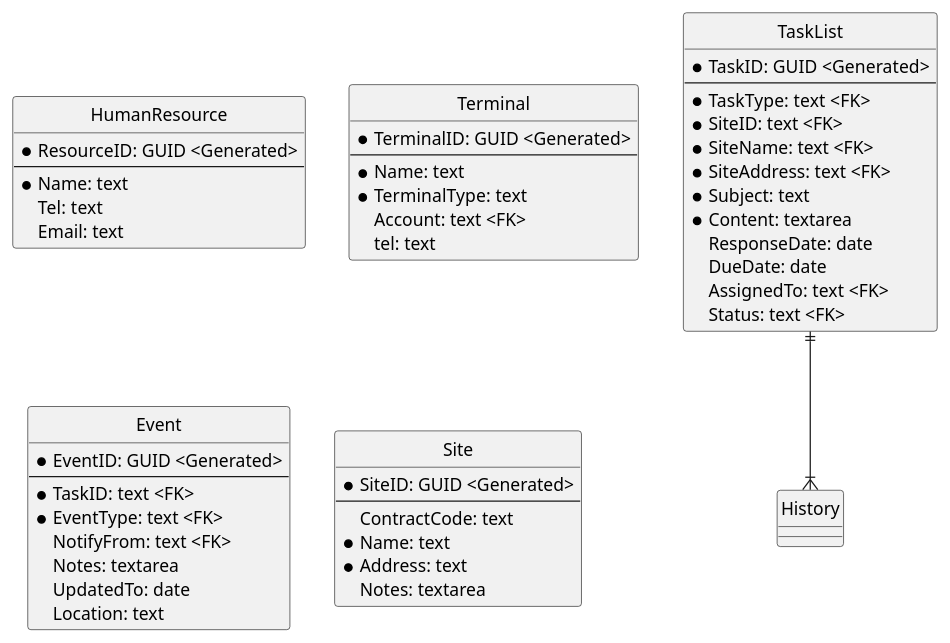
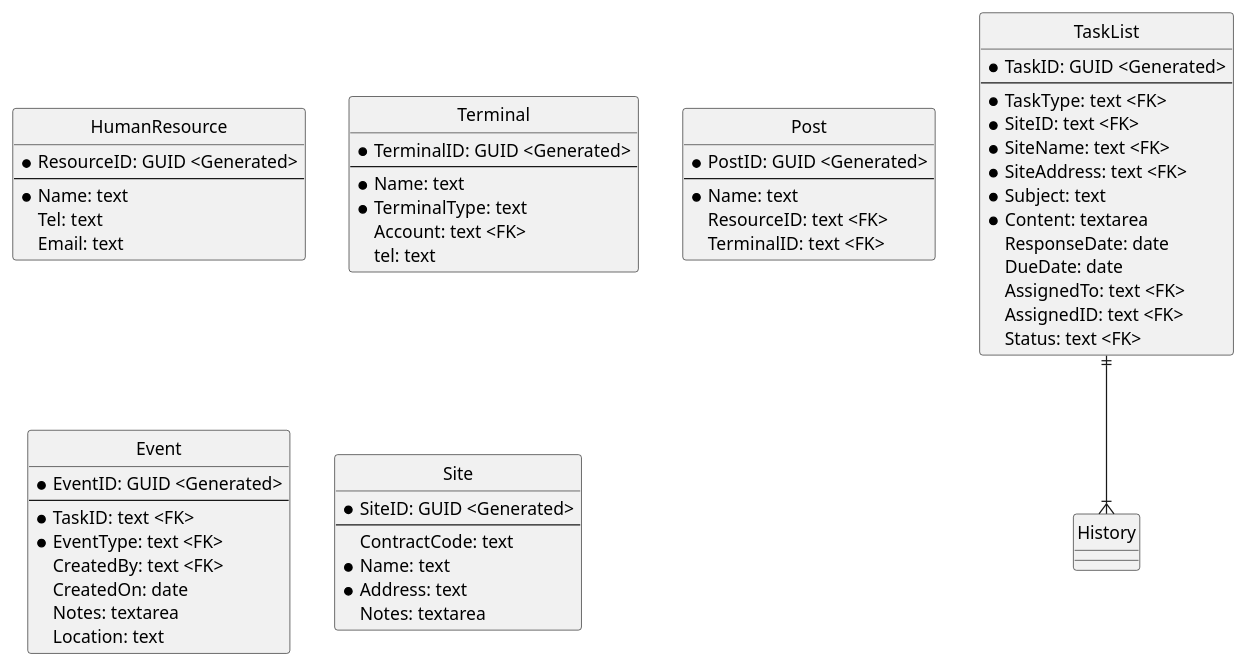
Before and after one commit to himiz6912/mms: the diagram in er_task.pu, drawn with PlantUML.

```diff
--- a/er_task.pu
+++ b/er_task.pu
@@ -1,63 +1,72 @@
 @startuml
 hide circle
 skinparam linetype ortho
 
 entity HumanResource {
     * ResourceID: GUID <Generated>
     --
     * Name: text
     Tel: text
     Email: text
 }
 
 entity Terminal {
     * TerminalID: GUID <Generated>
     --
     * Name: text
     * TerminalType: text
     Account: text <FK>
     tel: text
 }
 ' TerminalType: iPhone/ Android phone/ iPad/ Android tablet 
 
+entity Post {
+    * PostID: GUID <Generated>
+    --
+    * Name: text
+    ResourceID: text <FK>
+    TerminalID: text <FK>
+}
+
 entity TaskList {
     * TaskID: GUID <Generated>
     --
     * TaskType: text <FK>
     * SiteID: text <FK>
     * SiteName: text <FK>
     * SiteAddress: text <FK>
     * Subject: text
     * Content: textarea
     ResponseDate: date
     DueDate: date
     AssignedTo: text <FK>
+    AssignedID: text <FK>
     Status: text <FK>
 }
 ' TaskType: EmergencyDispatch/ PeriodicMaintenance/ Troubleshooting/ Patrol/ Meeting
 ' Status: Created/ Assigned/ Ongoing/ Completed/ Pending/
 
 entity Event {
     * EventID: GUID <Generated>
     --
     * TaskID: text <FK>
     * EventType: text <FK>
-    NotifyFrom: text <FK>
+    CreatedBy: text <FK>
+    CreatedOn: date
     Notes: textarea
-    UpdatedTo: date
     Location: text
 }
-' EventType: Initial/ UpdateContent/ UpdateTime/ Allocate/ Accept/ Reject/ ReportSuccess/ ReportFailue/ Pending/ PeriodicReport
+' EventType: Create/ UpdateContent/ UpdateTime/ Allocate/ Accept/ Reject/ ReportSuccess/ ReportFailue/ Pending/ PeriodicReport
 
 entity Site {
     * SiteID: GUID <Generated>
     --
     ContractCode: text
     * Name: text
     * Address: text
     Notes: textarea
 }
 
 TaskList ||--|{ History
 
 @enduml
```
